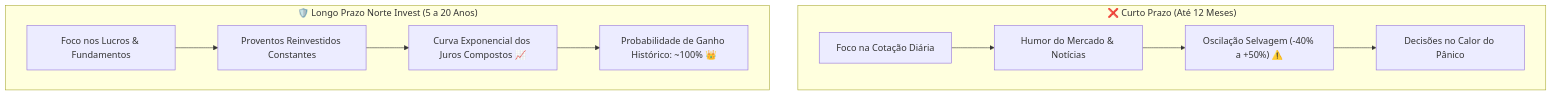
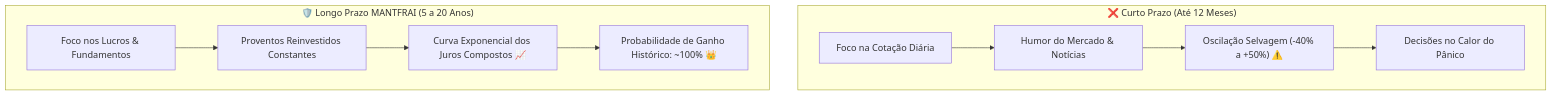
Before and after one commit to Rickss100/Davi-Hidra: the diagram in src/data/academy/lessons/modulo-2/aula-2-3.md, drawn with Mermaid. The commit also changed other lines of this file and 43 other files, not shown here.

````diff
--- a/src/data/academy/lessons/modulo-2/aula-2-3.md
+++ b/src/data/academy/lessons/modulo-2/aula-2-3.md
@@ -88,14 +88,14 @@
 ```mermaid
 flowchart TD
     subgraph CurtoPrazo["❌ Curto Prazo (Até 12 Meses)"]
         C1["Foco na Cotação Diária"] --> C2["Humor do Mercado & Notícias"]
         C2 --> C3["Oscilação Selvagem (-40% a +50%) ⚠️"]
         C3 --> C4["Decisões no Calor do Pânico"]
     end
 
-    subgraph LongoPrazo["🛡️ Longo Prazo Norte Invest (5 a 20 Anos)"]
+    subgraph LongoPrazo["🛡️ Longo Prazo MANTFRAI (5 a 20 Anos)"]
         L1["Foco nos Lucros & Fundamentos"] --> L2["Proventos Reinvestidos Constantes"]
         L2 --> L3["Curva Exponencial dos Juros Compostos 📈"]
         L3 --> L4["Probabilidade de Ganho Histórico: ~100% 👑"]
     end
 ```
````
